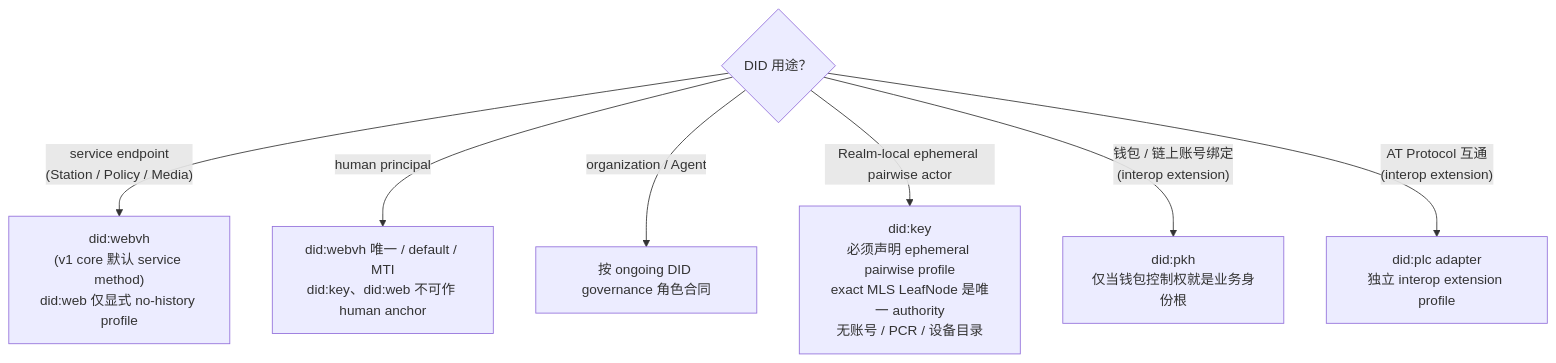
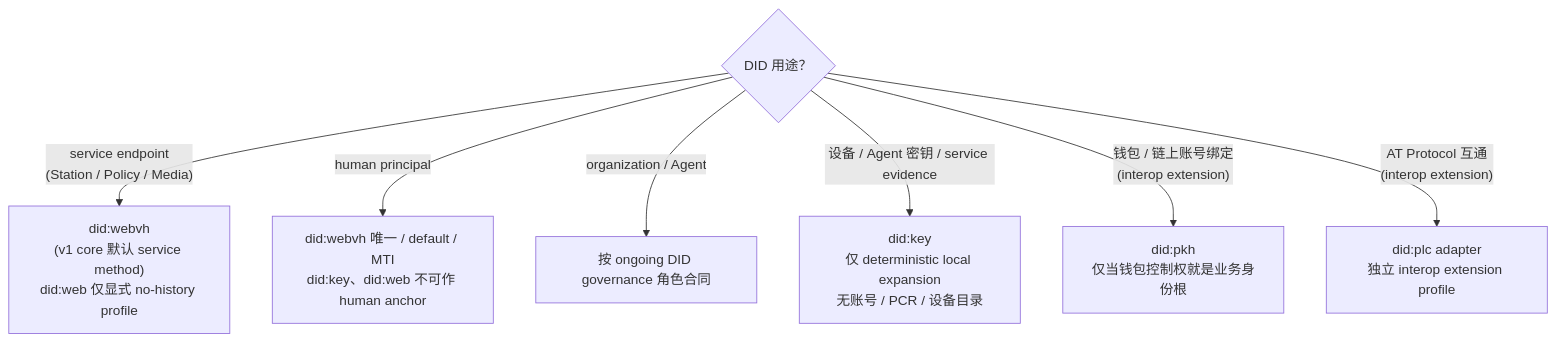
The diagram in spec/v1/zh/identity/identity-did.md (arkret-org/arkret-spec), drawn with Mermaid before and after one commit. The commit also changed other lines of this file and 6 other files, not shown here.

````diff
--- a/spec/v1/zh/identity/identity-did.md
+++ b/spec/v1/zh/identity/identity-did.md
@@ -164,17 +164,17 @@
 ```mermaid
 flowchart TB
     Q1{"DID 用途？"}
 
     Q1 -- "service endpoint<br/>(Station / Policy / Media)" --> SVC["did:webvh<br/>(v1 core 默认 service method)<br/>did:web 仅显式 no-history profile"]
 
     Q1 -- "human principal" --> PRINCIPAL["did:webvh 唯一 / default / MTI<br/>did:key、did:web 不可作 human anchor"]
 
     Q1 -- "organization / Agent" --> GOVERNED["按 ongoing DID governance 角色合同"]
 
-    Q1 -- "Realm-local ephemeral pairwise actor" --> KEY["did:key<br/>必须声明 ephemeral pairwise profile<br/>exact MLS LeafNode 是唯一 authority<br/>无账号 / PCR / 设备目录"]
+    Q1 -- "设备 / Agent 密钥 / service evidence" --> KEY["did:key<br/>仅 deterministic local expansion<br/>无账号 / PCR / 设备目录"]
 
     Q1 -- "钱包 / 链上账号绑定<br/>(interop extension)" --> PKH["did:pkh<br/>仅当钱包控制权就是业务身份根"]
 
     Q1 -- "AT Protocol 互通<br/>(interop extension)" --> PLC["did:plc adapter<br/>独立 interop extension profile"]
 
 ```
````
